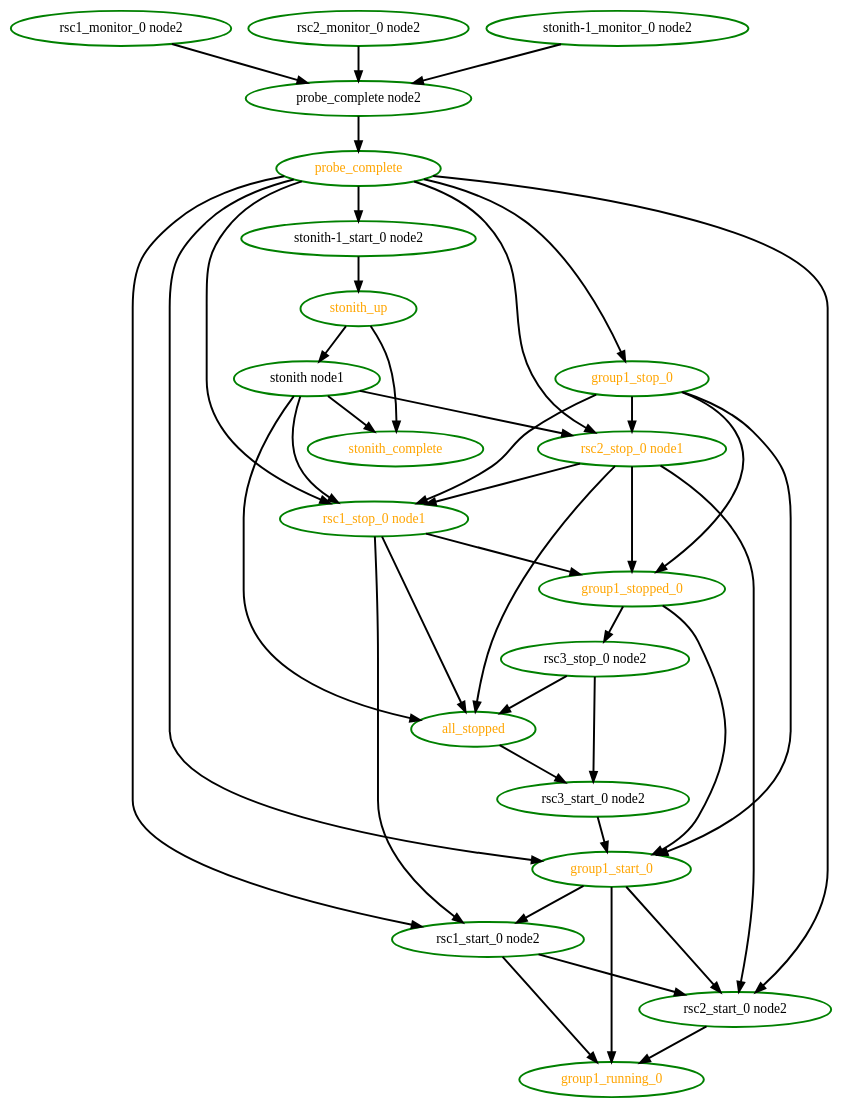
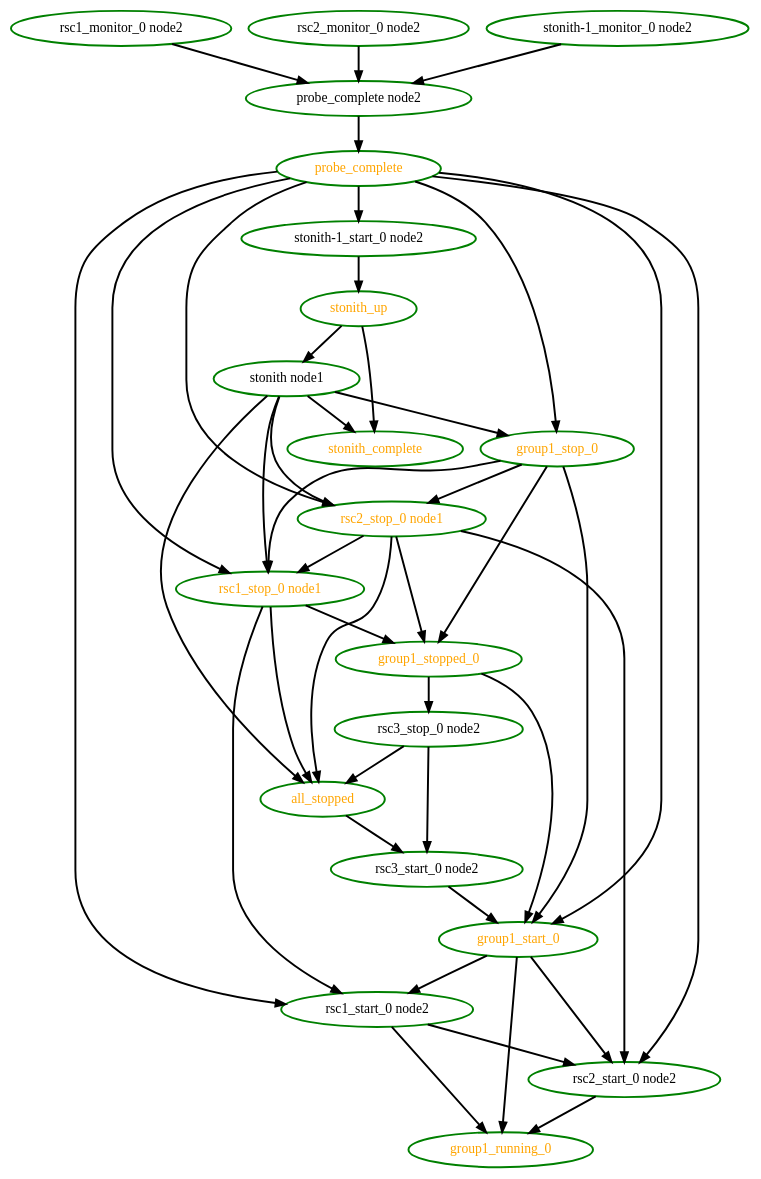
Before and after one commit to linux-ha-japan/pm_diskd: the diagram in pengine/test10/rec-node-11.dot, drawn with Graphviz. The commit also changed 14 other files, not shown here.

```diff
--- a/pengine/test10/rec-node-11.dot
+++ b/pengine/test10/rec-node-11.dot
@@ -1,63 +1,64 @@
  digraph "g" {
 "all_stopped" -> "rsc3_start_0 node2" [ style = bold]
 "all_stopped" [ style=bold color="green" fontcolor="orange"  ]
 "group1_running_0" [ style=bold color="green" fontcolor="orange" ]
 "group1_start_0" -> "group1_running_0" [ style = bold]
 "group1_start_0" -> "rsc1_start_0 node2" [ style = bold]
 "group1_start_0" -> "rsc2_start_0 node2" [ style = bold]
 "group1_start_0" [ style=bold color="green" fontcolor="orange" ]
 "group1_stop_0" -> "group1_start_0" [ style = bold]
 "group1_stop_0" -> "group1_stopped_0" [ style = bold]
 "group1_stop_0" -> "rsc1_stop_0 node1" [ style = bold]
 "group1_stop_0" -> "rsc2_stop_0 node1" [ style = bold]
 "group1_stop_0" [ style=bold color="green" fontcolor="orange" ]
 "group1_stopped_0" -> "group1_start_0" [ style = bold]
 "group1_stopped_0" -> "rsc3_stop_0 node2" [ style = bold]
 "group1_stopped_0" [ style=bold color="green" fontcolor="orange" ]
 "probe_complete node2" -> "probe_complete" [ style = bold]
 "probe_complete node2" [ style=bold color="green" fontcolor="black" ]
 "probe_complete" -> "group1_start_0" [ style = bold]
 "probe_complete" -> "group1_stop_0" [ style = bold]
 "probe_complete" -> "rsc1_start_0 node2" [ style = bold]
 "probe_complete" -> "rsc1_stop_0 node1" [ style = bold]
 "probe_complete" -> "rsc2_start_0 node2" [ style = bold]
 "probe_complete" -> "rsc2_stop_0 node1" [ style = bold]
 "probe_complete" -> "stonith-1_start_0 node2" [ style = bold]
 "probe_complete" [ style=bold color="green" fontcolor="orange" ]
 "rsc1_monitor_0 node2" -> "probe_complete node2" [ style = bold]
 "rsc1_monitor_0 node2" [ style=bold color="green" fontcolor="black" ]
 "rsc1_start_0 node2" -> "group1_running_0" [ style = bold]
 "rsc1_start_0 node2" -> "rsc2_start_0 node2" [ style = bold]
 "rsc1_start_0 node2" [ style=bold color="green" fontcolor="black" ]
 "rsc1_stop_0 node1" -> "all_stopped" [ style = bold]
 "rsc1_stop_0 node1" -> "group1_stopped_0" [ style = bold]
 "rsc1_stop_0 node1" -> "rsc1_start_0 node2" [ style = bold]
 "rsc1_stop_0 node1" [ style=bold color="green" fontcolor="orange" ]
 "rsc2_monitor_0 node2" -> "probe_complete node2" [ style = bold]
 "rsc2_monitor_0 node2" [ style=bold color="green" fontcolor="black" ]
 "rsc2_start_0 node2" -> "group1_running_0" [ style = bold]
 "rsc2_start_0 node2" [ style=bold color="green" fontcolor="black" ]
 "rsc2_stop_0 node1" -> "all_stopped" [ style = bold]
 "rsc2_stop_0 node1" -> "group1_stopped_0" [ style = bold]
 "rsc2_stop_0 node1" -> "rsc1_stop_0 node1" [ style = bold]
 "rsc2_stop_0 node1" -> "rsc2_start_0 node2" [ style = bold]
 "rsc2_stop_0 node1" [ style=bold color="green" fontcolor="orange" ]
 "rsc3_start_0 node2" -> "group1_start_0" [ style = bold]
 "rsc3_start_0 node2" [ style=bold color="green" fontcolor="black" ]
 "rsc3_stop_0 node2" -> "all_stopped" [ style = bold]
 "rsc3_stop_0 node2" -> "rsc3_start_0 node2" [ style = bold]
 "rsc3_stop_0 node2" [ style=bold color="green" fontcolor="black" ]
 "stonith node1" -> "all_stopped" [ style = bold]
+"stonith node1" -> "group1_stop_0" [ style = bold]
 "stonith node1" -> "rsc1_stop_0 node1" [ style = bold]
 "stonith node1" -> "rsc2_stop_0 node1" [ style = bold]
 "stonith node1" -> "stonith_complete" [ style = bold]
 "stonith node1" [ style=bold color="green" fontcolor="black" ]
 "stonith-1_monitor_0 node2" -> "probe_complete node2" [ style = bold]
 "stonith-1_monitor_0 node2" [ style=bold color="green" fontcolor="black"  ]
 "stonith-1_start_0 node2" -> "stonith_up" [ style = bold]
 "stonith-1_start_0 node2" [ style=bold color="green" fontcolor="black"  ]
 "stonith_complete" [ style=bold color="green" fontcolor="orange"  ]
 "stonith_up" -> "stonith node1" [ style = bold]
 "stonith_up" -> "stonith_complete" [ style = bold]
 "stonith_up" [ style=bold color="green" fontcolor="orange"  ]
 }
```
